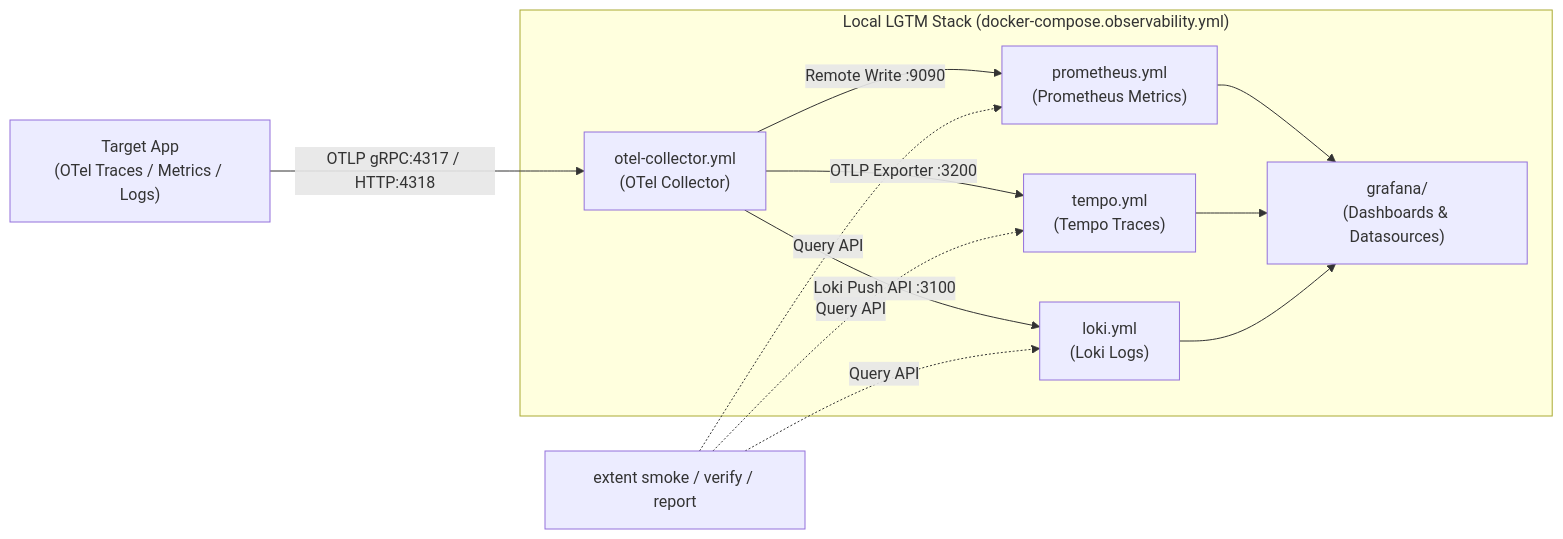
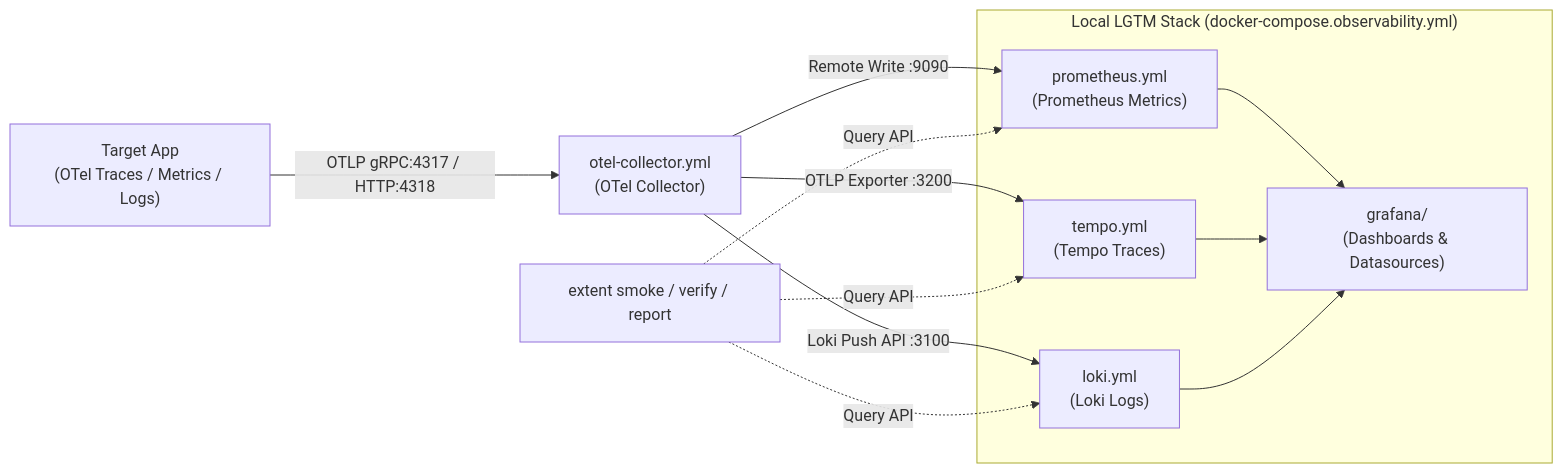
The second of 3 diagrams in README.md (Anubisx404/Extent), drawn with Mermaid before and after one commit. The commit also changed other lines of this file and 2 other files, not shown here.

Commit message:
fix(docs): resolve GitHub rich display Mermaid rendering errors and clean up dotnet instrumentation

````diff
--- a/README.md
+++ b/README.md
@@ -321,18 +327,23 @@
 ```mermaid
 flowchart LR
-    APP["Target App<br/>(OTel Traces / Metrics / Logs)"] -->|OTLP gRPC:4317 / HTTP:4318| OTCP["otel-collector.yml<br/>(OTel Collector)"]
+    APP["Target App<br/>(OTel Traces / Metrics / Logs)"] -->|"OTLP gRPC:4317 / HTTP:4318"| OTCP["otel-collector.yml<br/>(OTel Collector)"]
 
     subgraph LGTM ["Local LGTM Stack (docker-compose.observability.yml)"]
-        OTCP -->|Remote Write :9090| PROM["prometheus.yml<br/>(Prometheus Metrics)"]
-        OTCP -->|OTLP Exporter :3200| TEMPO["tempo.yml<br/>(Tempo Traces)"]
-        OTCP -->|Loki Push API :3100| LOKI["loki.yml<br/>(Loki Logs)"]
+        PROM["prometheus.yml<br/>(Prometheus Metrics)"]
+        TEMPO["tempo.yml<br/>(Tempo Traces)"]
+        LOKI["loki.yml<br/>(Loki Logs)"]
+        GRAF["grafana/<br/>(Dashboards & Datasources)"]
 
-        PROM --> GRAF["grafana/<br/>(Dashboards & Datasources)"]
+        PROM --> GRAF
         TEMPO --> GRAF
         LOKI --> GRAF
     end
 
-    CLI_VERIFY["extent smoke / verify / report"] -.->|Query API| PROM
-    CLI_VERIFY -.->|Query API| TEMPO
-    CLI_VERIFY -.->|Query API| LOKI
+    OTCP -->|"Remote Write :9090"| PROM
+    OTCP -->|"OTLP Exporter :3200"| TEMPO
+    OTCP -->|"Loki Push API :3100"| LOKI
+
+    CLI_VERIFY["extent smoke / verify / report"] -.->|"Query API"| PROM
+    CLI_VERIFY -.->|"Query API"| TEMPO
+    CLI_VERIFY -.->|"Query API"| LOKI
 ```
````
